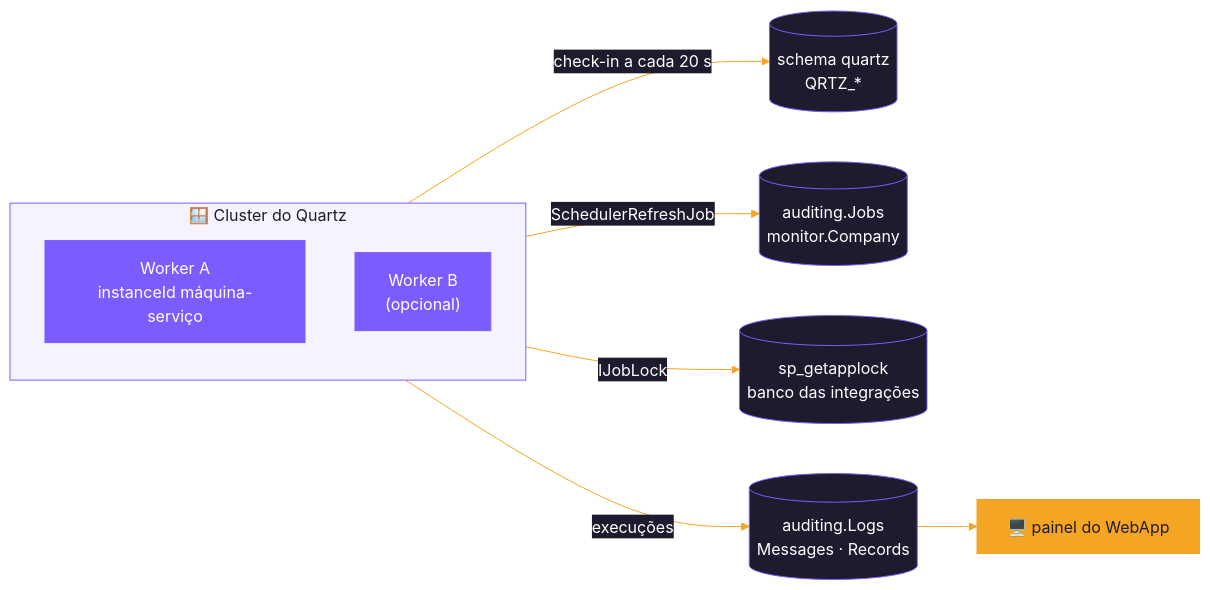
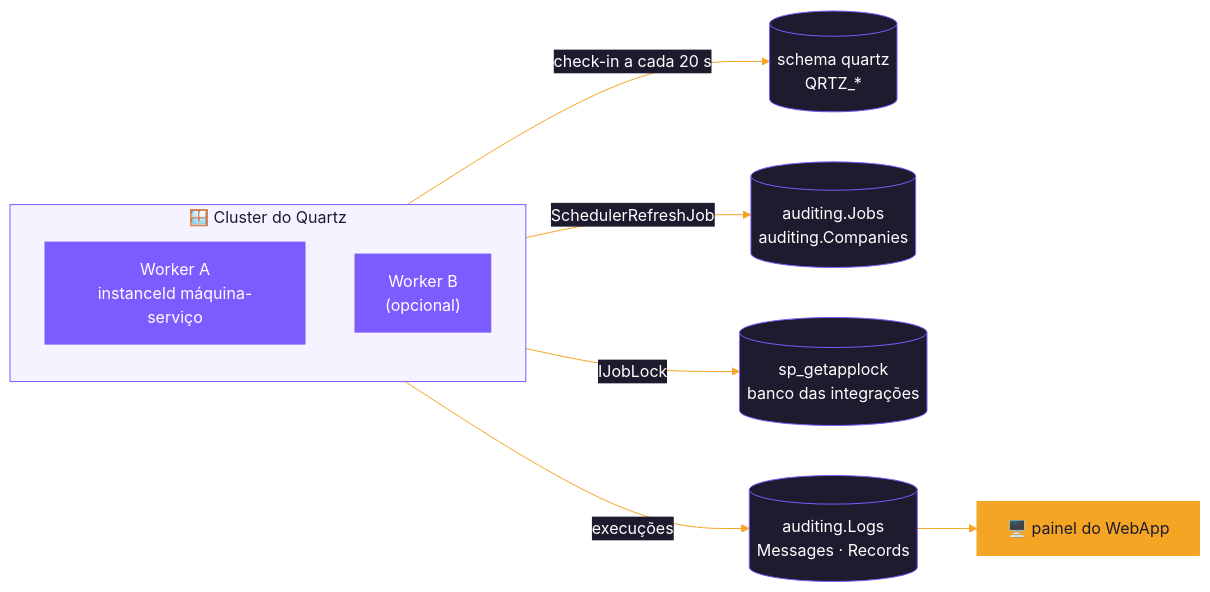
Before and after one commit to cayo-kume/extract-transform-load-integrations-system: the first of 5 diagrams in src/Backend/Hosts/Worker/README.md, drawn with Mermaid. The commit also changed other lines of this file and 121 other files, not shown here.

````diff
--- a/src/Backend/Hosts/Worker/README.md
+++ b/src/Backend/Hosts/Worker/README.md
@@ -46,19 +46,19 @@
 ```mermaid
 %%{init: {'theme':'base','themeVariables':{'primaryColor':'#1e1b2e','primaryTextColor':'#ffffff','primaryBorderColor':'#7c5cff','lineColor':'#f5a524','textColor':'#1e1b2e','clusterBkg':'#f5f3ff','clusterBorder':'#7c5cff','titleColor':'#1e1b2e','edgeLabelBackground':'#1e1b2e'}}}%%
 flowchart LR
     subgraph CLUSTER["🪟 Cluster do Quartz"]
         direction TB
         W1["Worker A<br/>instanceId máquina-serviço"]
         W2["Worker B<br/>(opcional)"]
     end
     CLUSTER -- "check-in a cada 20 s" --> QZ[("schema quartz<br/>QRTZ_*")]
-    CLUSTER -- "SchedulerRefreshJob" --> AJ[("auditing.Jobs<br/>monitor.Company")]
+    CLUSTER -- "SchedulerRefreshJob" --> AJ[("auditing.Jobs<br/>auditing.Companies")]
     CLUSTER -- "IJobLock" --> LK[("sp_getapplock<br/>banco das integrações")]
     CLUSTER -- "execuções" --> LOG[("auditing.Logs<br/>Messages · Records")]
     LOG --> PANEL["🖥️ painel do WebApp"]
 
     classDef accent fill:#7c5cff,stroke:#7c5cff,color:#ffffff
     classDef warm fill:#f5a524,stroke:#f5a524,color:#1e1b2e
     class W1,W2 accent
     class PANEL warm
 ```
````
